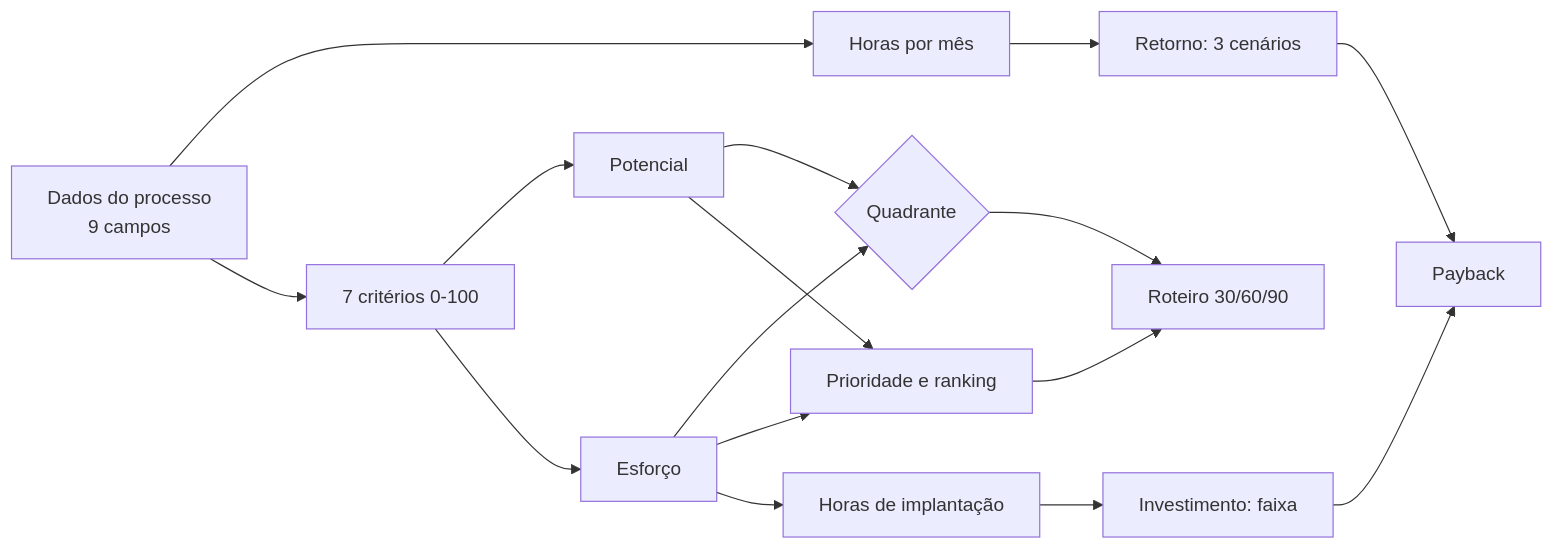
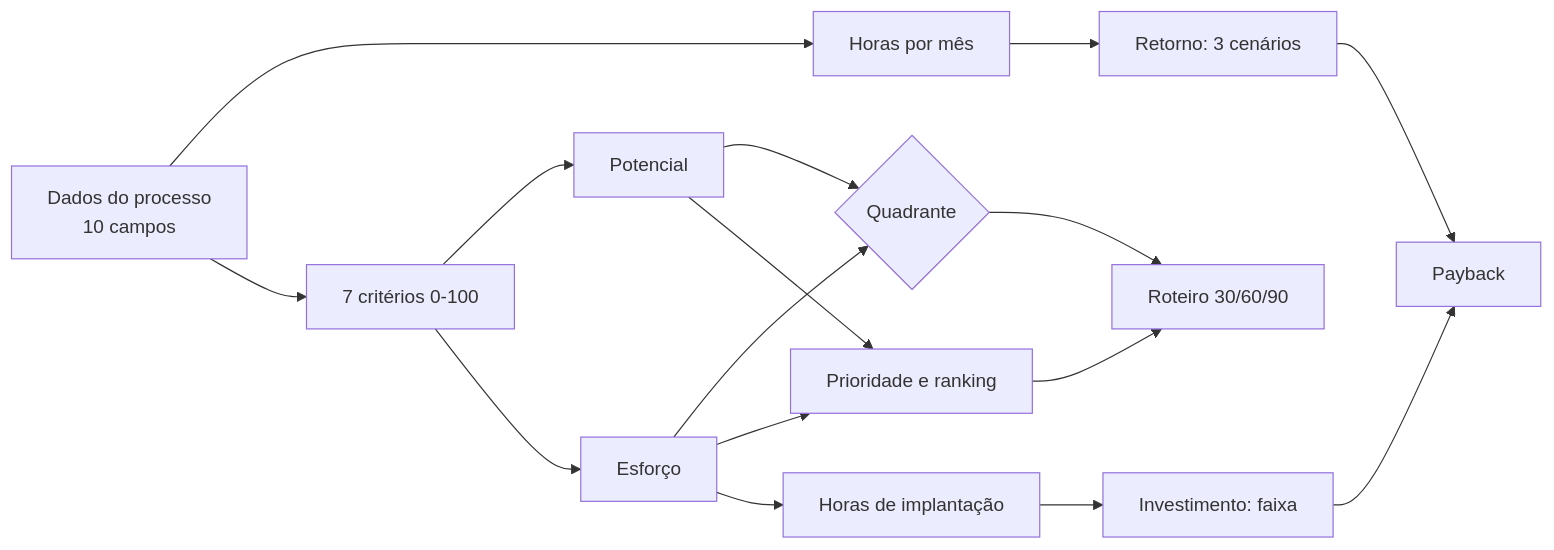
The diagram in docs/03-metodologia/README.md (Joaogabrielmaia/Process-diagnostic-tool), drawn with Mermaid before and after one commit. The commit also changed other lines of this file and 38 other files, not shown here.

````diff
--- a/docs/03-metodologia/README.md
+++ b/docs/03-metodologia/README.md
@@ -9,18 +9,18 @@
 ```mermaid
 flowchart LR
-    I[Dados do processo<br/>9 campos] --> H[Horas por mês]
+    I[Dados do processo<br/>10 campos] --> H[Horas por mês]
     I --> C[7 critérios 0-100]
     C --> P[Potencial]
     C --> E[Esforço]
     P --> Q{Quadrante}
     E --> Q
     P --> R[Prioridade e ranking]
     E --> R
     H --> RET[Retorno: 3 cenários]
     E --> DEV[Horas de implantação]
     DEV --> INV[Investimento: faixa]
     RET --> PB[Payback]
     INV --> PB
     Q --> RM[Roteiro 30/60/90]
     R --> RM
 ```
````
